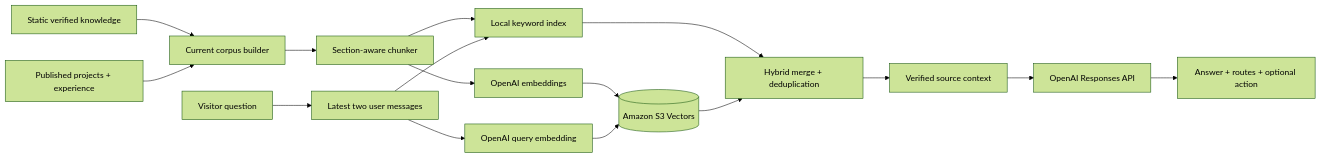
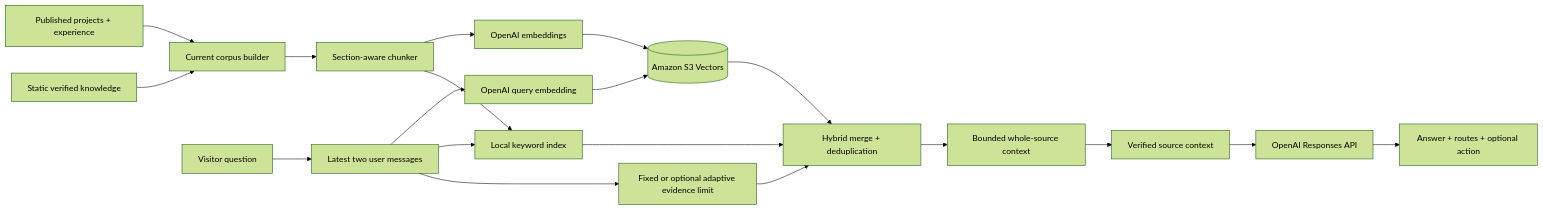
Before and after one commit to Skywalker1910/Tech-Portfolio: the first of 2 diagrams in docs/RAG.md, drawn with Mermaid (forest theme). The commit also changed other lines of this file and 33 other files, not shown here.

````diff
--- a/docs/RAG.md
+++ b/docs/RAG.md
@@ -9,19 +9,22 @@
 ```mermaid
 flowchart LR
     Static[Static verified knowledge] --> Corpus[Current corpus builder]
     Published[Published projects + experience] --> Corpus
     Corpus --> Chunker[Section-aware chunker]
     Chunker --> Local[Local keyword index]
     Chunker --> Embed[OpenAI embeddings]
     Embed --> Vectors[(Amazon S3 Vectors)]
 
     Question[Visitor question] --> Query[Latest two user messages]
+    Query --> Policy[Fixed or optional adaptive evidence limit]
+    Policy --> Merge
     Query --> Local
     Query --> QueryEmbed[OpenAI query embedding]
     QueryEmbed --> Vectors
     Local --> Merge[Hybrid merge + deduplication]
     Vectors --> Merge
-    Merge --> Prompt[Verified source context]
+    Merge --> Budget[Bounded whole-source context]
+    Budget --> Prompt[Verified source context]
     Prompt --> Responses[OpenAI Responses API]
     Responses --> Answer[Answer + routes + optional action]
 ```
````
